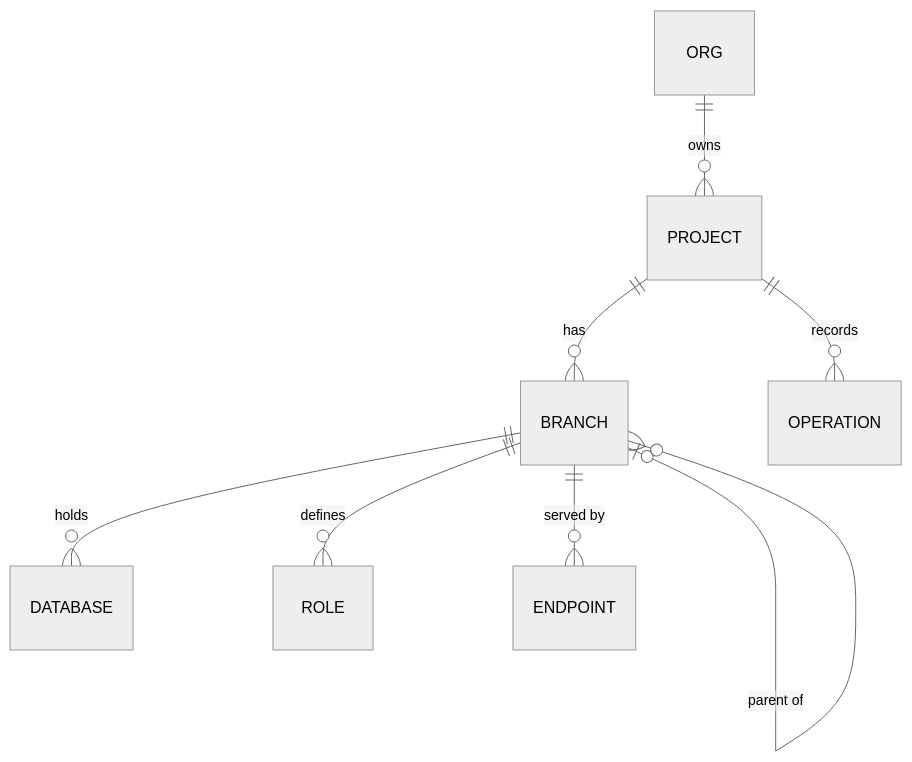
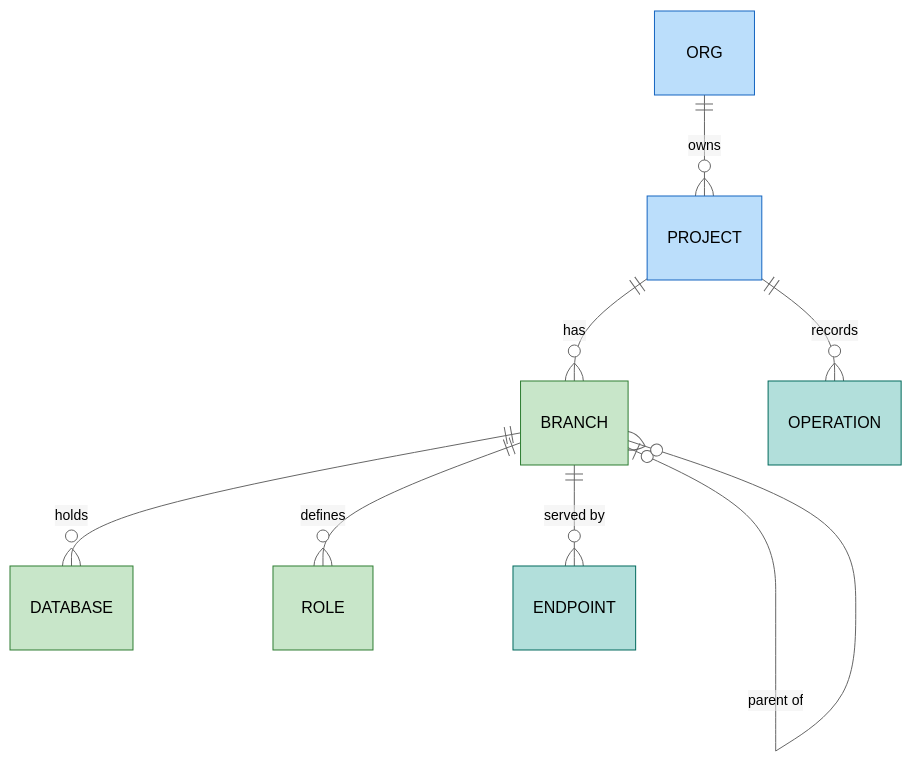
One commit to alephic-ai/foac changed the diagram in doc/neon.md. Above: the diagram before and after it, drawn with Mermaid (neutral theme). The commit also changed 6 other files, not shown here.

````diff
--- a/doc/neon.md
+++ b/doc/neon.md
@@ -34,10 +34,16 @@
 ```mermaid
 erDiagram
     ORG ||--o{ PROJECT : owns
     PROJECT ||--o{ BRANCH : has
     BRANCH |o--o{ BRANCH : "parent of"
     BRANCH ||--o{ DATABASE : holds
     BRANCH ||--o{ ROLE : defines
     BRANCH ||--o{ ENDPOINT : "served by"
     PROJECT ||--o{ OPERATION : records
+    classDef scope fill:#bbdefb,stroke:#1565c0,color:#000
+    classDef work fill:#c8e6c9,stroke:#2e7d32,color:#000
+    classDef compute fill:#b2dfdb,stroke:#00695c,color:#000
+    class ORG,PROJECT scope
+    class BRANCH,DATABASE,ROLE work
+    class ENDPOINT,OPERATION compute
 ```
````
